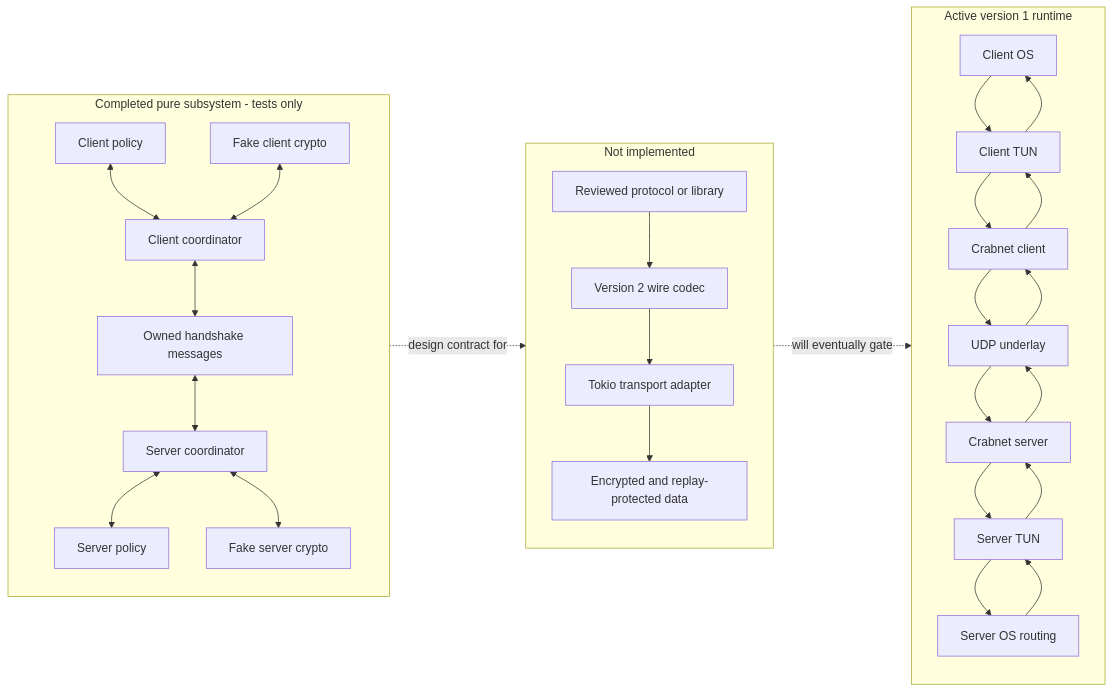
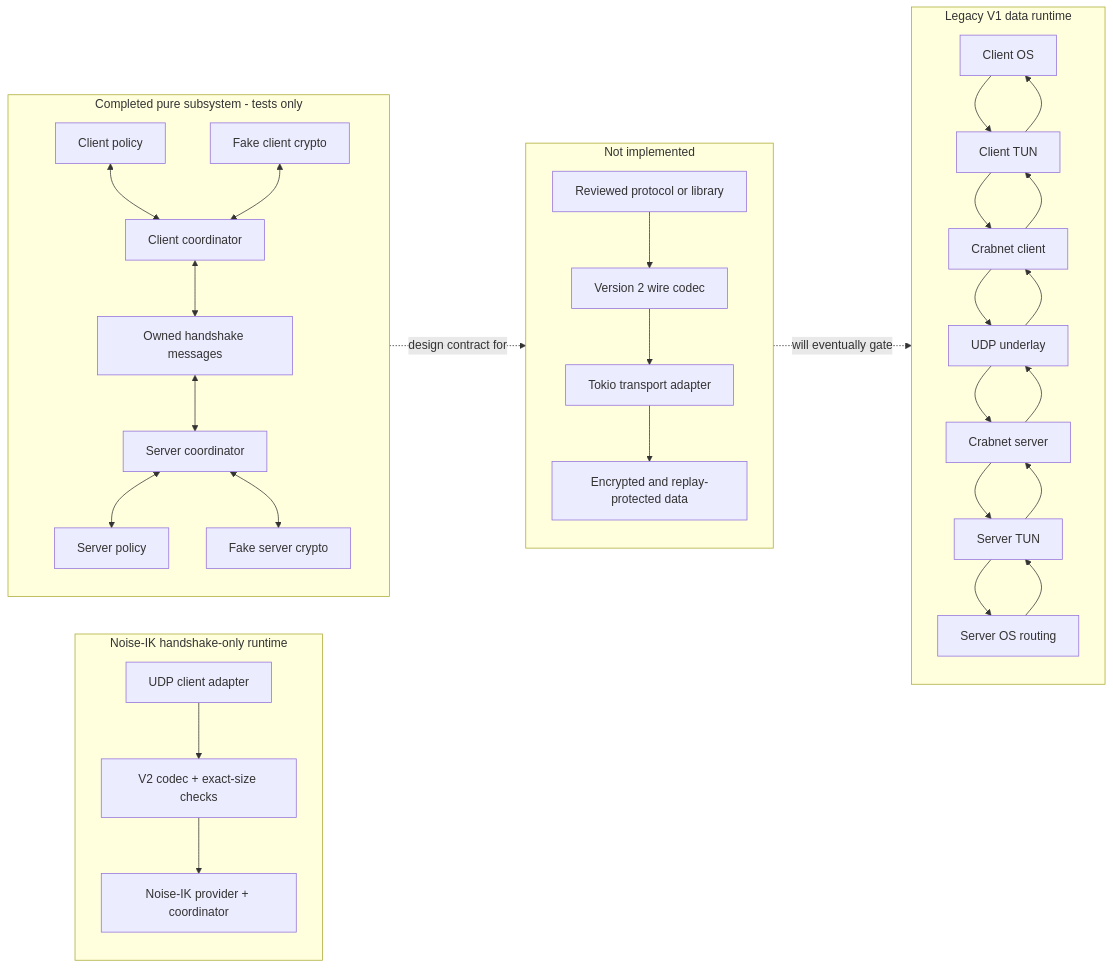
Before and after one commit to thiennguyen56/crabnet: the first of 7 diagrams in docs/diagrams.md, drawn with Mermaid. The commit also changed other lines of this file and 34 other files, not shown here.

````diff
--- a/docs/diagrams.md
+++ b/docs/diagrams.md
@@ -13,43 +13,50 @@
 ```mermaid
 flowchart LR
-    subgraph Runtime[Active version 1 runtime]
+    subgraph Runtime[Legacy V1 data runtime]
         ClientOS[Client OS]
         ClientTun[Client TUN]
         ClientRuntime[Crabnet client]
         UDP[UDP underlay]
         ServerRuntime[Crabnet server]
         ServerTun[Server TUN]
         ServerOS[Server OS routing]
 
         ClientOS --> ClientTun --> ClientRuntime --> UDP --> ServerRuntime --> ServerTun --> ServerOS
         ServerOS --> ServerTun --> ServerRuntime --> UDP --> ClientRuntime --> ClientTun --> ClientOS
+    end
+
+    subgraph Noise[Noise-IK handshake-only runtime]
+        NoiseClient[UDP client adapter]
+        NoiseCodec[V2 codec + exact-size checks]
+        NoiseProvider[Noise-IK provider + coordinator]
+        NoiseClient --> NoiseCodec --> NoiseProvider
     end
 
     subgraph Pure[Completed pure subsystem - tests only]
         ClientPolicy[Client policy]
         ClientCoordinator[Client coordinator]
         FakeClientCrypto[Fake client crypto]
         OwnedMessages[Owned handshake messages]
         ServerCoordinator[Server coordinator]
         ServerPolicy[Server policy]
         FakeServerCrypto[Fake server crypto]
 
         ClientPolicy <--> ClientCoordinator
         FakeClientCrypto <--> ClientCoordinator
         ClientCoordinator <--> OwnedMessages <--> ServerCoordinator
         ServerCoordinator <--> ServerPolicy
         ServerCoordinator <--> FakeServerCrypto
     end
 
     subgraph Future[Not implemented]
         RealProtocol[Reviewed protocol or library]
         WireCodec[Version 2 wire codec]
         RuntimeAdapter[Tokio transport adapter]
         EncryptedData[Encrypted and replay-protected data]
 
         RealProtocol --> WireCodec --> RuntimeAdapter --> EncryptedData
     end
 
     Pure -. design contract for .-> Future
     Future -. will eventually gate .-> Runtime
 ```
````
